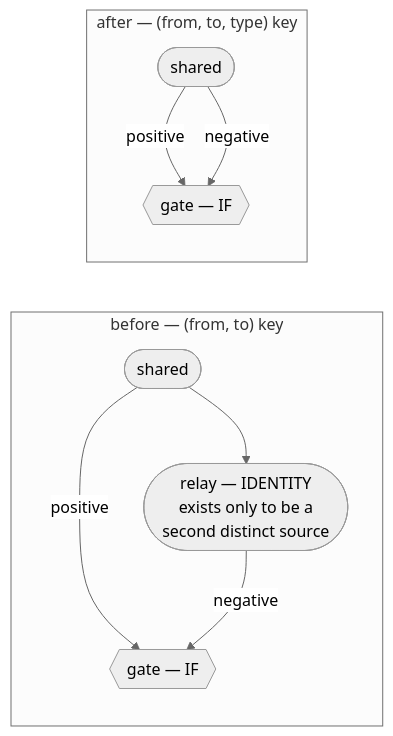
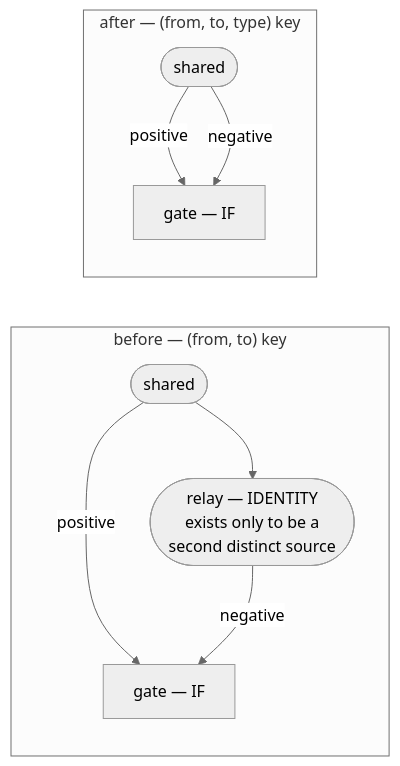
The diagram in docs/archive/pr-summaries/pr-summary-3873.md (stSoftwareAU/NEAT-AI), drawn with Mermaid (neutral theme) before and after one commit. The commit also changed 5 other files, not shown here.

````diff
--- a/docs/archive/pr-summaries/pr-summary-3873.md
+++ b/docs/archive/pr-summaries/pr-summary-3873.md
@@ -28,12 +28,12 @@
 ```mermaid
 flowchart LR
     subgraph before["before — (from, to) key"]
-        S1(["shared"]) -- "positive" --> G1{{"gate — IF"}}
+        S1(["shared"]) -- "positive" --> G1["gate — IF"]
         S1 --> R(["relay — IDENTITY<br/>exists only to be a<br/>second distinct source"])
         R -- "negative" --> G1
     end
     subgraph after["after — (from, to, type) key"]
-        S2(["shared"]) -- "positive" --> G2{{"gate — IF"}}
+        S2(["shared"]) -- "positive" --> G2["gate — IF"]
         S2 -- "negative" --> G2
     end
 ```
````
